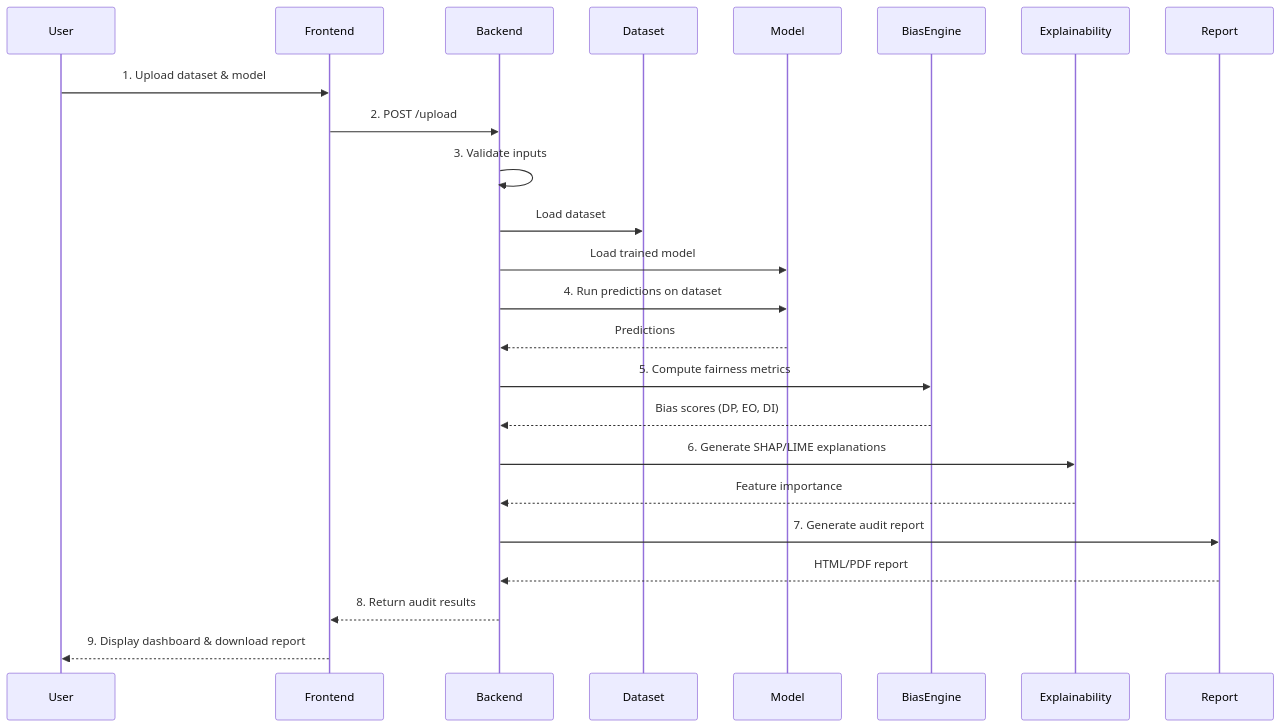
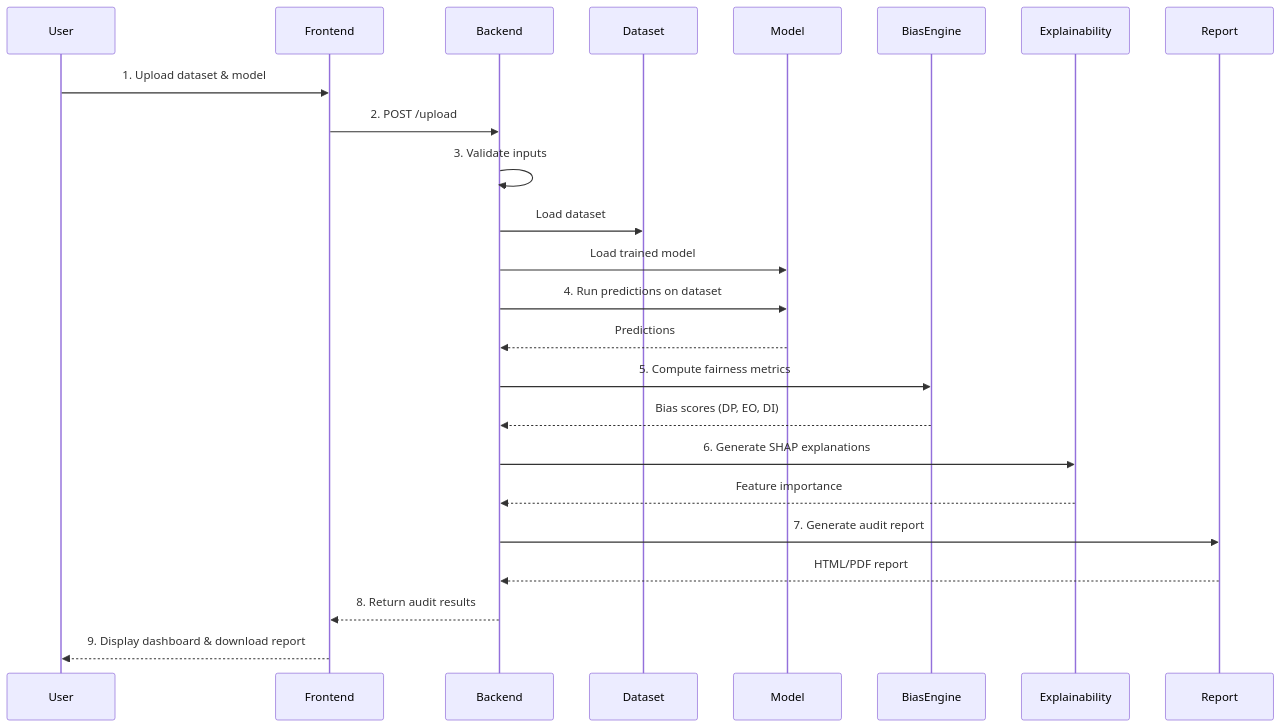
The second of 3 diagrams in README.md (lucifer0906/bluebit), drawn with Mermaid before and after one commit. The commit also changed other lines of this file and 1 other file, not shown here.

````diff
--- a/README.md
+++ b/README.md
@@ -112,33 +112,33 @@
 ```mermaid
 sequenceDiagram
     participant User
     participant Frontend
     participant Backend
     participant Dataset
     participant Model
     participant BiasEngine
     participant Explainability
     participant Report
 
     User->>Frontend: 1. Upload dataset & model
     Frontend->>Backend: 2. POST /upload
 
     Backend->>Backend: 3. Validate inputs
     Backend->>Dataset: Load dataset
     Backend->>Model: Load trained model
 
     Backend->>Model: 4. Run predictions on dataset
     Model-->>Backend: Predictions
 
     Backend->>BiasEngine: 5. Compute fairness metrics
     BiasEngine-->>Backend: Bias scores (DP, EO, DI)
 
-    Backend->>Explainability: 6. Generate SHAP/LIME explanations
+    Backend->>Explainability: 6. Generate SHAP explanations
     Explainability-->>Backend: Feature importance
 
     Backend->>Report: 7. Generate audit report
     Report-->>Backend: HTML/PDF report
 
     Backend-->>Frontend: 8. Return audit results
     Frontend-->>User: 9. Display dashboard & download report
 ```
````
